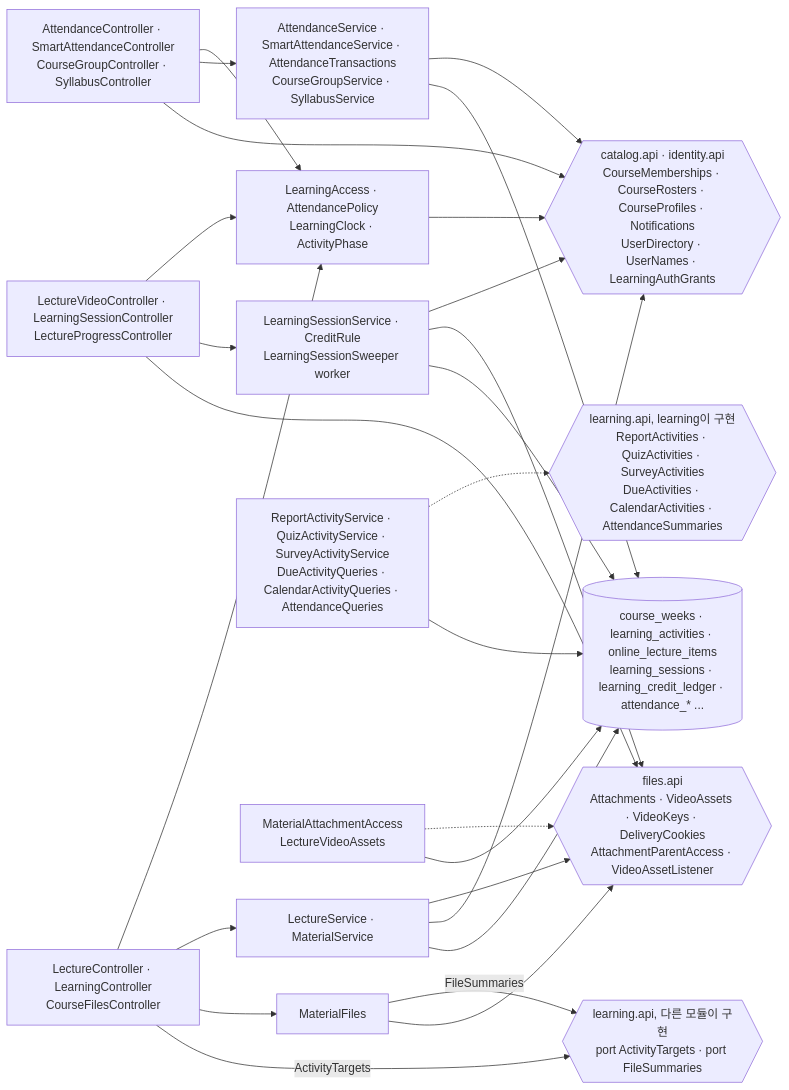
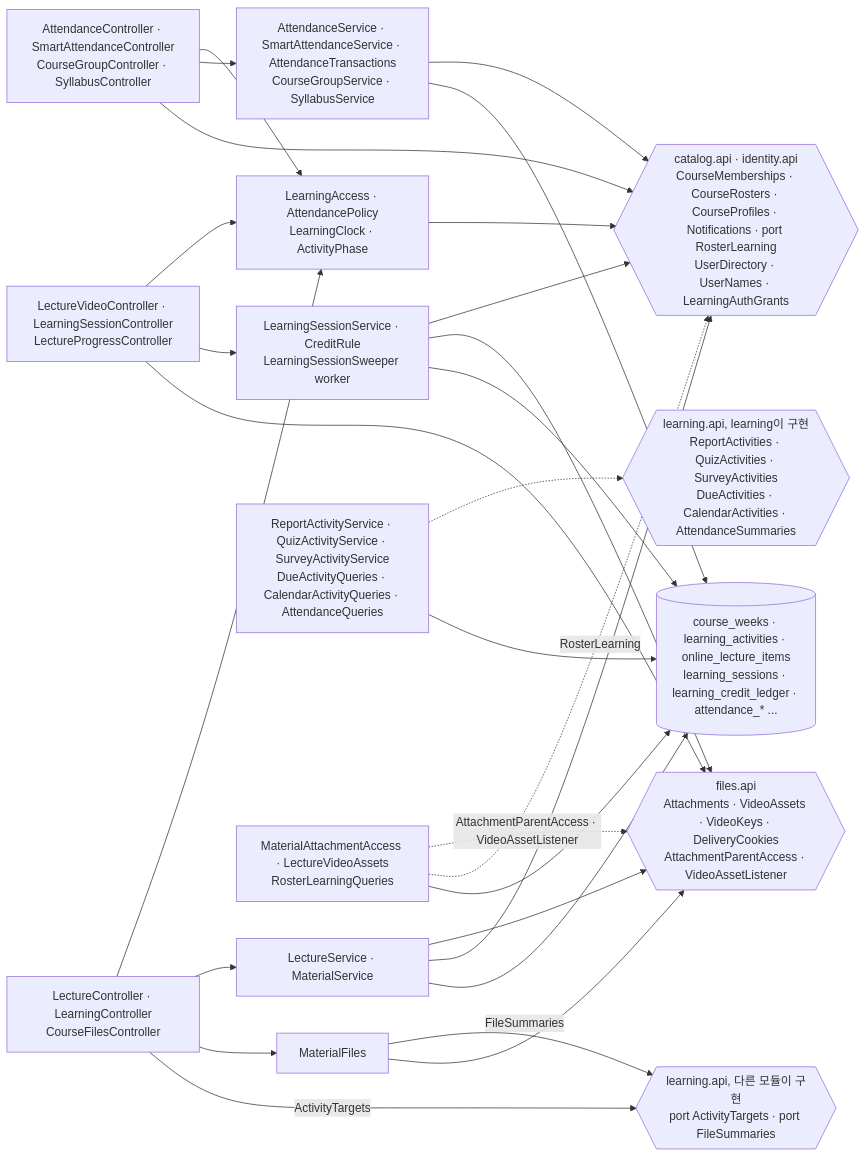
One commit to 2026ENDPoinT/team13 changed the eighth of 18 diagrams in backend/docs/c4.md. Above: the diagram before and after it, drawn with Mermaid. The commit also changed other lines of this file, not shown here.

````diff
--- a/backend/docs/c4.md
+++ b/backend/docs/c4.md
@@ -315,32 +320,33 @@
 ```mermaid
 flowchart LR
   C1["LectureController · LearningController<br/>CourseFilesController"]
   C2["LectureVideoController · LearningSessionController<br/>LectureProgressController"]
   C3["AttendanceController · SmartAttendanceController<br/>CourseGroupController · SyllabusController"]
   ACC["LearningAccess · AttendancePolicy<br/>LearningClock · ActivityPhase"]
   MF["MaterialFiles"]
   S1["LectureService · MaterialService"]
   S2["LearningSessionService · CreditRule<br/>LearningSessionSweeper worker"]
   S3["AttendanceService · SmartAttendanceService · AttendanceTransactions<br/>CourseGroupService · SyllabusService"]
   IMPL["ReportActivityService · QuizActivityService · SurveyActivityService<br/>DueActivityQueries · CalendarActivityQueries · AttendanceQueries"]
-  PIMPL["MaterialAttachmentAccess<br/>LectureVideoAssets"]
+  PIMPL["MaterialAttachmentAccess · LectureVideoAssets<br/>RosterLearningQueries"]
   API{{"learning.api, learning이 구현<br/>ReportActivities · QuizActivities · SurveyActivities<br/>DueActivities · CalendarActivities · AttendanceSummaries"}}
   PORT{{"learning.api, 다른 모듈이 구현<br/>port ActivityTargets · port FileSummaries"}}
   FAPI{{"files.api<br/>Attachments · VideoAssets · VideoKeys · DeliveryCookies<br/>AttachmentParentAccess · VideoAssetListener"}}
-  OAPI{{"catalog.api · identity.api<br/>CourseMemberships · CourseRosters · CourseProfiles · Notifications<br/>UserDirectory · UserNames · LearningAuthGrants"}}
+  OAPI{{"catalog.api · identity.api<br/>CourseMemberships · CourseRosters · CourseProfiles · Notifications · port RosterLearning<br/>UserDirectory · UserNames · LearningAuthGrants"}}
   DB[("course_weeks · learning_activities · online_lecture_items<br/>learning_sessions · learning_credit_ledger · attendance_* ...")]
   C1 --> ACC & S1 & MF
   C1 -->|"ActivityTargets"| PORT
   MF -->|"FileSummaries"| PORT
   MF --> FAPI
   C2 --> ACC & S2
   C3 --> ACC & S3
   C3 --> OAPI
   ACC --> OAPI
   S1 & C2 --> FAPI
   S1 & S2 & S3 --> OAPI
   S2 --> FAPI
   IMPL -.-> API
-  PIMPL -.-> FAPI
+  PIMPL -.->|"AttachmentParentAccess · VideoAssetListener"| FAPI
+  PIMPL -.->|"RosterLearning"| OAPI
   S1 & S2 & S3 & IMPL & PIMPL --> DB
 ```
````
